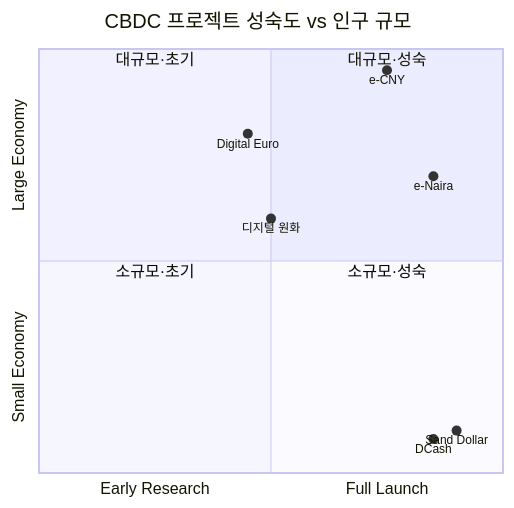
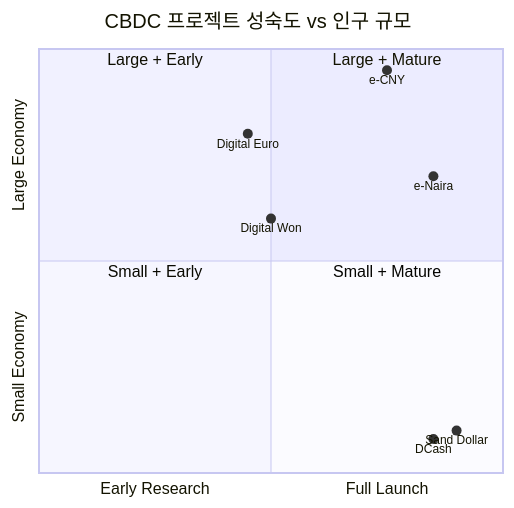
Before and after one commit to OkyoKwon/studyNresearch: the diagram in docs/domains/cbdc/products/index.md, drawn with Mermaid. The commit also changed 10 other files, not shown here.

````diff
--- a/docs/domains/cbdc/products/index.md
+++ b/docs/domains/cbdc/products/index.md
@@ -37,16 +37,16 @@
 ```mermaid
 quadrantChart
     title CBDC 프로젝트 성숙도 vs 인구 규모
     x-axis Early Research --> Full Launch
     y-axis Small Economy --> Large Economy
-    quadrant-1 대규모·성숙
-    quadrant-2 대규모·초기
-    quadrant-3 소규모·초기
-    quadrant-4 소규모·성숙
+    quadrant-1 Large + Mature
+    quadrant-2 Large + Early
+    quadrant-3 Small + Early
+    quadrant-4 Small + Mature
     e-CNY: [0.75, 0.95]
     Digital Euro: [0.45, 0.80]
-    디지털 원화: [0.50, 0.60]
+    Digital Won: [0.50, 0.60]
     e-Naira: [0.85, 0.70]
     Sand Dollar: [0.90, 0.10]
     DCash: [0.85, 0.08]
 ```
````
